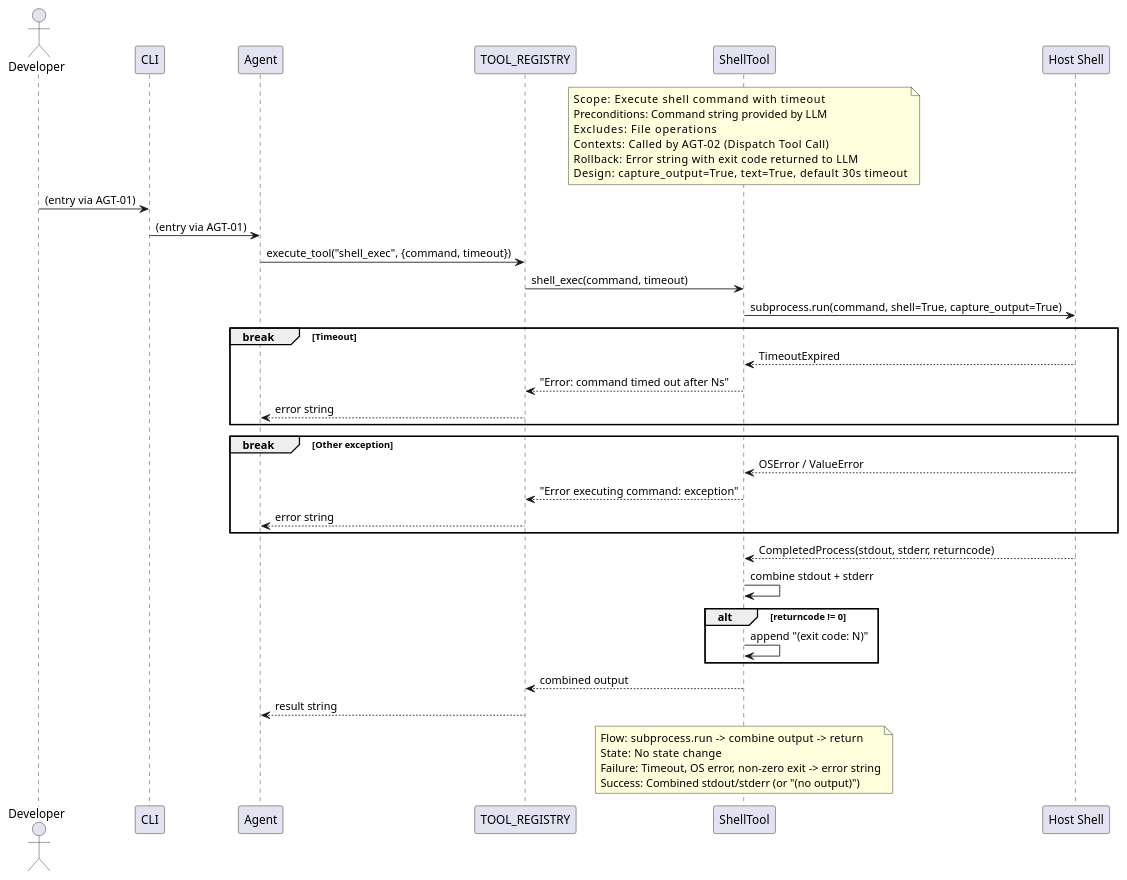
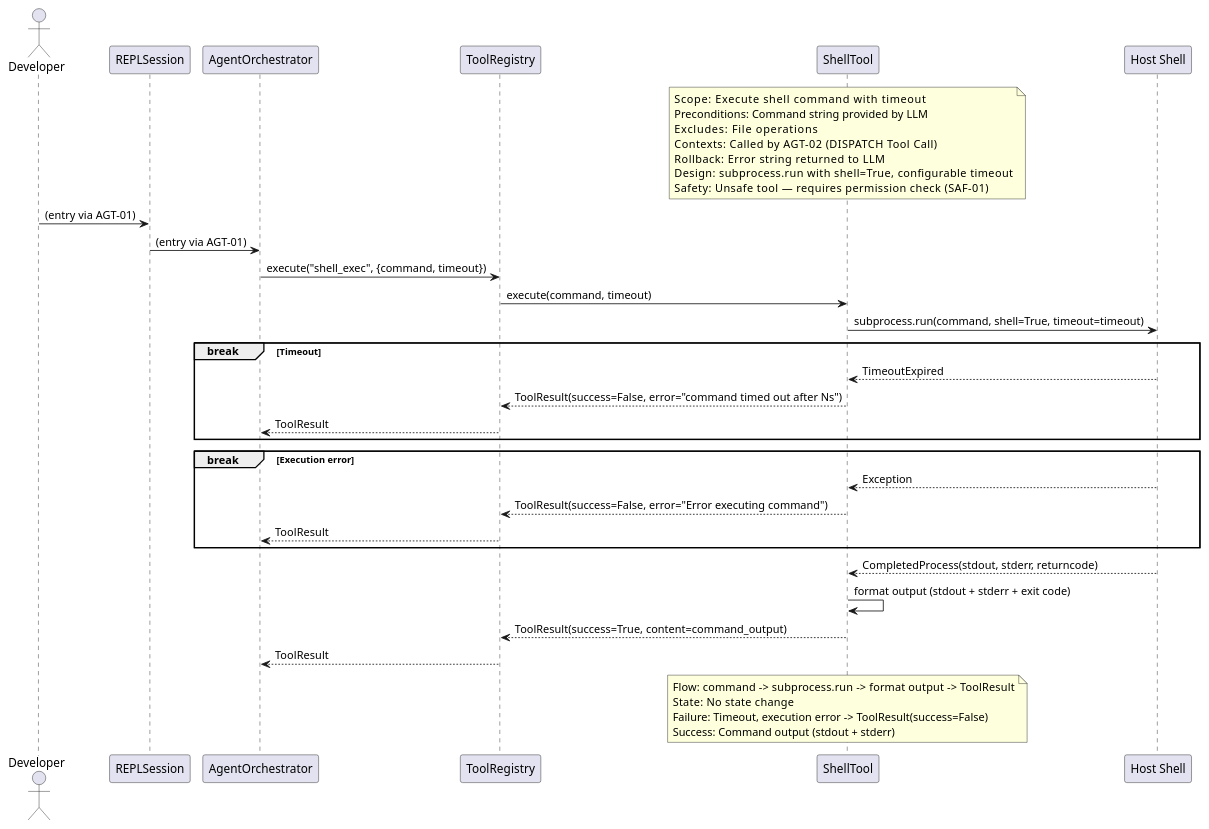
Before and after one commit to salimnamvar/nasim: the diagram in docs/sq/TL/sq_tl05_execute_shell_command.puml, drawn with PlantUML. The commit also changed 72 other files, not shown here.

```diff
--- a/docs/sq/TL/sq_tl05_execute_shell_command.puml
+++ b/docs/sq/TL/sq_tl05_execute_shell_command.puml
@@ -1,64 +1,62 @@
 @startuml sq_tl05_execute_shell_command
 ' ============================================================
 ' Title:     TL-05 — Execute Shell Command
 ' Boundary:  nasim code agent CLI
-' Purpose:   Run a shell command via subprocess
-' Milestone: v0.1
-' Version:   1.0.0
-' Source:    —
-' Review:    docs/audit/audit_2026-06-20_design-chain.md
+' Purpose:   Shell command execution with timeout
+' Milestone: v1.0
+' Version:   2.0.0
+' Source:    docs/audit/audit_2026-06-20_capability-and-architecture.md
+' Review:    —
 ' ============================================================
 
 actor "Developer" as user
-participant "CLI" as cli
-participant "Agent" as agent
-participant "TOOL_REGISTRY" as registry
+participant "REPLSession" as repl
+participant "AgentOrchestrator" as agent
+participant "ToolRegistry" as registry
 participant "ShellTool" as st
 participant "Host Shell" as shell
 
-box "Tools (tools.py)" #F3E5F5
+box "Tool Layer" #F3E5F5
 end box
 
 note over st
   Scope:          Execute shell command with timeout
   Preconditions:  Command string provided by LLM
   Excludes:       File operations
-  Contexts:       Called by AGT-02 (Dispatch Tool Call)
-  Rollback:       Error string with exit code returned to LLM
-  Design:         capture_output=True, text=True, default 30s timeout
+  Contexts:       Called by AGT-02 (DISPATCH Tool Call)
+  Rollback:       Error string returned to LLM
+  Design:         subprocess.run with shell=True, configurable timeout
+  Safety:         Unsafe tool — requires permission check (SAF-01)
 end note
 
-user -> cli : (entry via AGT-01)
-cli -> agent : (entry via AGT-01)
-agent -> registry : execute_tool("shell_exec", {command, timeout})
-registry -> st : shell_exec(command, timeout)
-st -> shell : subprocess.run(command, shell=True, capture_output=True)
+user -> repl : (entry via AGT-01)
+repl -> agent : (entry via AGT-01)
+agent -> registry : execute("shell_exec", {command, timeout})
+registry -> st : execute(command, timeout)
+st -> shell : subprocess.run(command, shell=True, timeout=timeout)
 
 break Timeout
     shell --> st : TimeoutExpired
-    st --> registry : "Error: command timed out after Ns"
-    registry --> agent : error string
+    st --> registry : ToolResult(success=False, error="command timed out after Ns")
+    registry --> agent : ToolResult
 end
 
-break Other exception
-    shell --> st : OSError / ValueError
-    st --> registry : "Error executing command: exception"
-    registry --> agent : error string
+break Execution error
+    shell --> st : Exception
+    st --> registry : ToolResult(success=False, error="Error executing command")
+    registry --> agent : ToolResult
 end
 
 shell --> st : CompletedProcess(stdout, stderr, returncode)
-st -> st : combine stdout + stderr
-alt returncode != 0
-    st -> st : append "(exit code: N)"
-end
-st --> registry : combined output
-registry --> agent : result string
+st -> st : format output (stdout + stderr + exit code)
+st --> registry : ToolResult(success=True, content=command_output)
+registry --> agent : ToolResult
 
 note over st
-  Flow:    subprocess.run -> combine output -> return
+  Flow:    command -> subprocess.run -> format output -> ToolResult
   State:   No state change
-  Failure: Timeout, OS error, non-zero exit -> error string
-  Success: Combined stdout/stderr (or "(no output)")
+  Failure: Timeout, execution error -> ToolResult(success=False)
+  Success: Command output (stdout + stderr)
 end note
 
 @enduml
```
